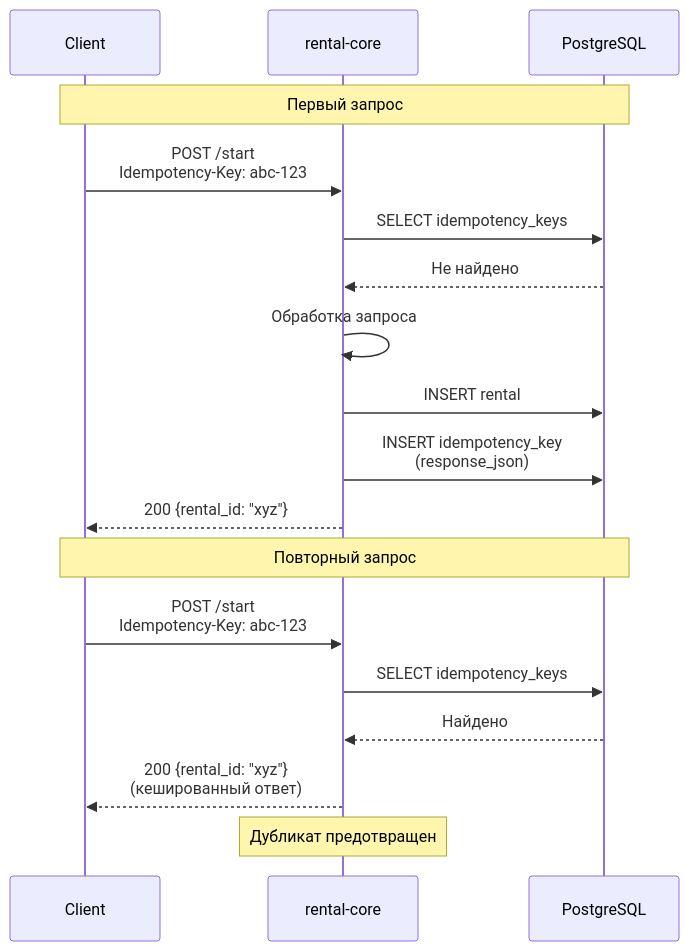
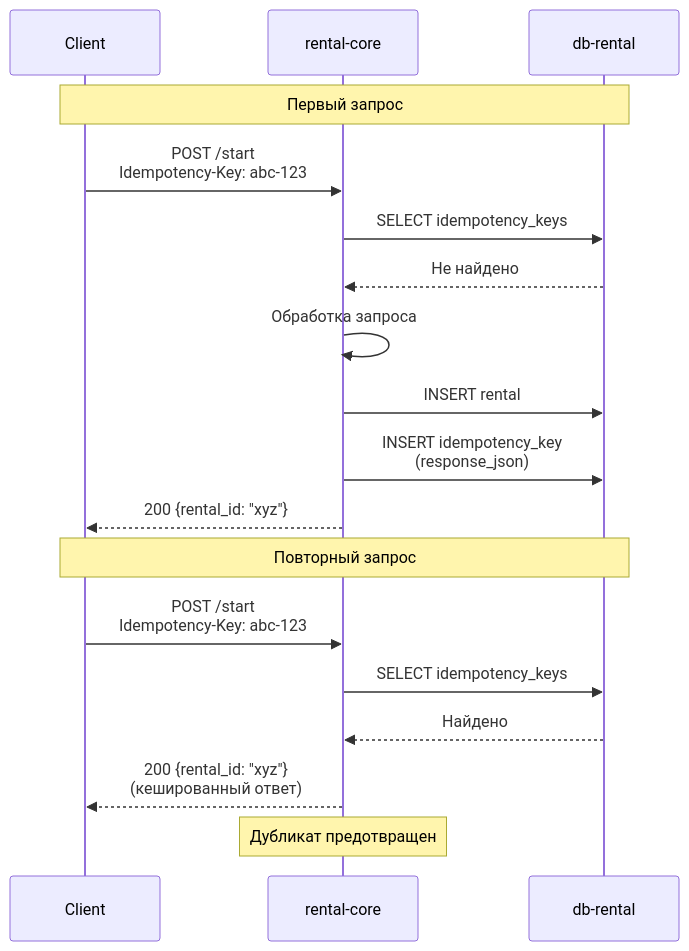
Before and after one commit to AlexanderExp/SysDesign-HW-1: the second of 2 diagrams in diagrams/05-reliability-patterns.md, drawn with Mermaid. The commit also changed other lines of this file and 6 other files, not shown here.

Commit message:
Updated diagrams

````diff
--- a/diagrams/05-reliability-patterns.md
+++ b/diagrams/05-reliability-patterns.md
@@ -243,23 +243,23 @@
 ```mermaid
 sequenceDiagram
     participant Client
     participant API as rental-core
-    participant DB as PostgreSQL
+    participant PGR as db-rental
     
-    Note over Client,DB: Первый запрос
+    Note over Client,PGR: Первый запрос
     Client->>API: POST /start<br/>Idempotency-Key: abc-123
-    API->>DB: SELECT idempotency_keys
-    DB-->>API: Не найдено
+    API->>PGR: SELECT idempotency_keys
+    PGR-->>API: Не найдено
     API->>API: Обработка запроса
-    API->>DB: INSERT rental
-    API->>DB: INSERT idempotency_key<br/>(response_json)
+    API->>PGR: INSERT rental
+    API->>PGR: INSERT idempotency_key<br/>(response_json)
     API-->>Client: 200 {rental_id: "xyz"}
     
-    Note over Client,DB: Повторный запрос
+    Note over Client,PGR: Повторный запрос
     Client->>API: POST /start<br/>Idempotency-Key: abc-123
-    API->>DB: SELECT idempotency_keys
-    DB-->>API: Найдено
+    API->>PGR: SELECT idempotency_keys
+    PGR-->>API: Найдено
     API-->>Client: 200 {rental_id: "xyz"}<br/>(кешированный ответ)
     
     Note over API: Дубликат предотвращен
 ```
````
